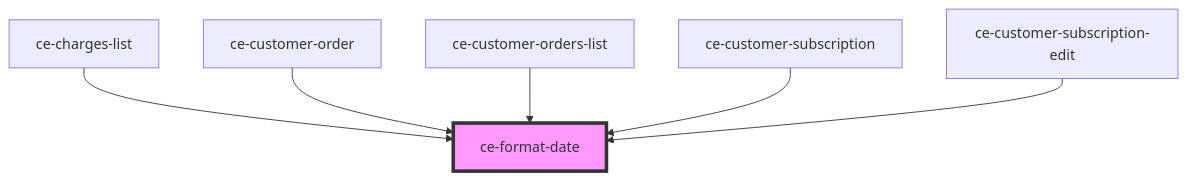
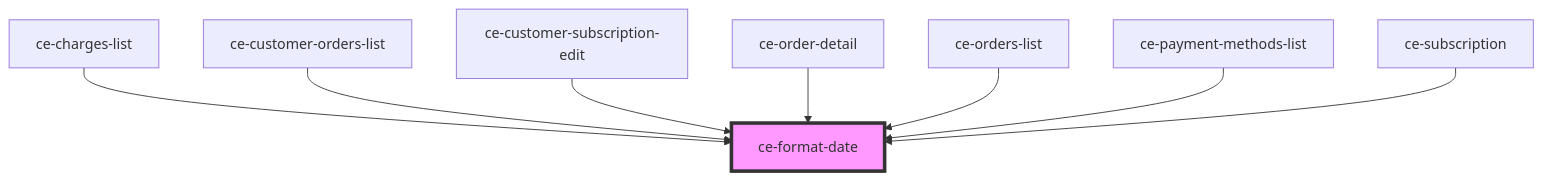
One commit to surecart/surecart-wp-plugin changed the diagram in packages/components/src/components/util/format-date/readme.md. Above: the diagram before and after it, drawn with Mermaid. The commit also changed other lines of this file and 162 other files, not shown here.

````diff
--- a/packages/components/src/components/util/format-date/readme.md
+++ b/packages/components/src/components/util/format-date/readme.md
@@ -38,9 +40,11 @@
 ```mermaid
 graph TD;
   ce-charges-list --> ce-format-date
-  ce-customer-order --> ce-format-date
   ce-customer-orders-list --> ce-format-date
-  ce-customer-subscription --> ce-format-date
   ce-customer-subscription-edit --> ce-format-date
+  ce-order-detail --> ce-format-date
+  ce-orders-list --> ce-format-date
+  ce-payment-methods-list --> ce-format-date
+  ce-subscription --> ce-format-date
   style ce-format-date fill:#f9f,stroke:#333,stroke-width:4px
 ```
````
